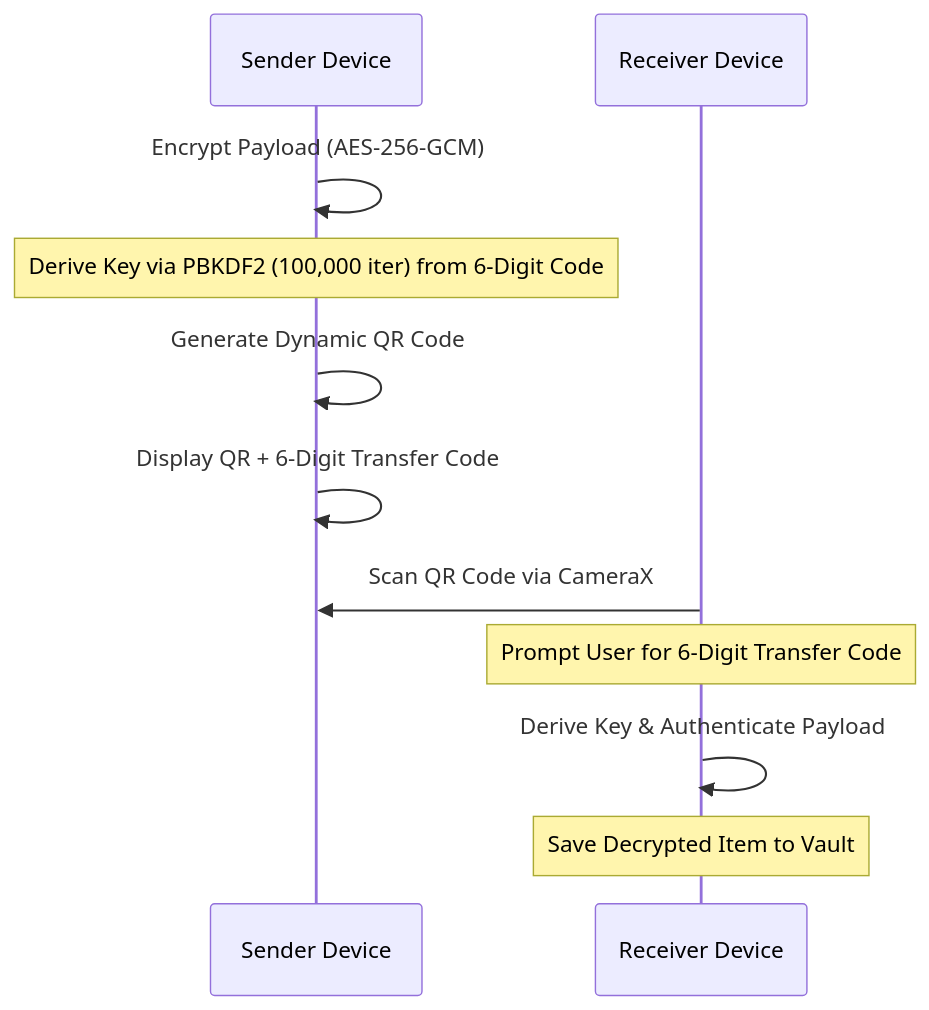
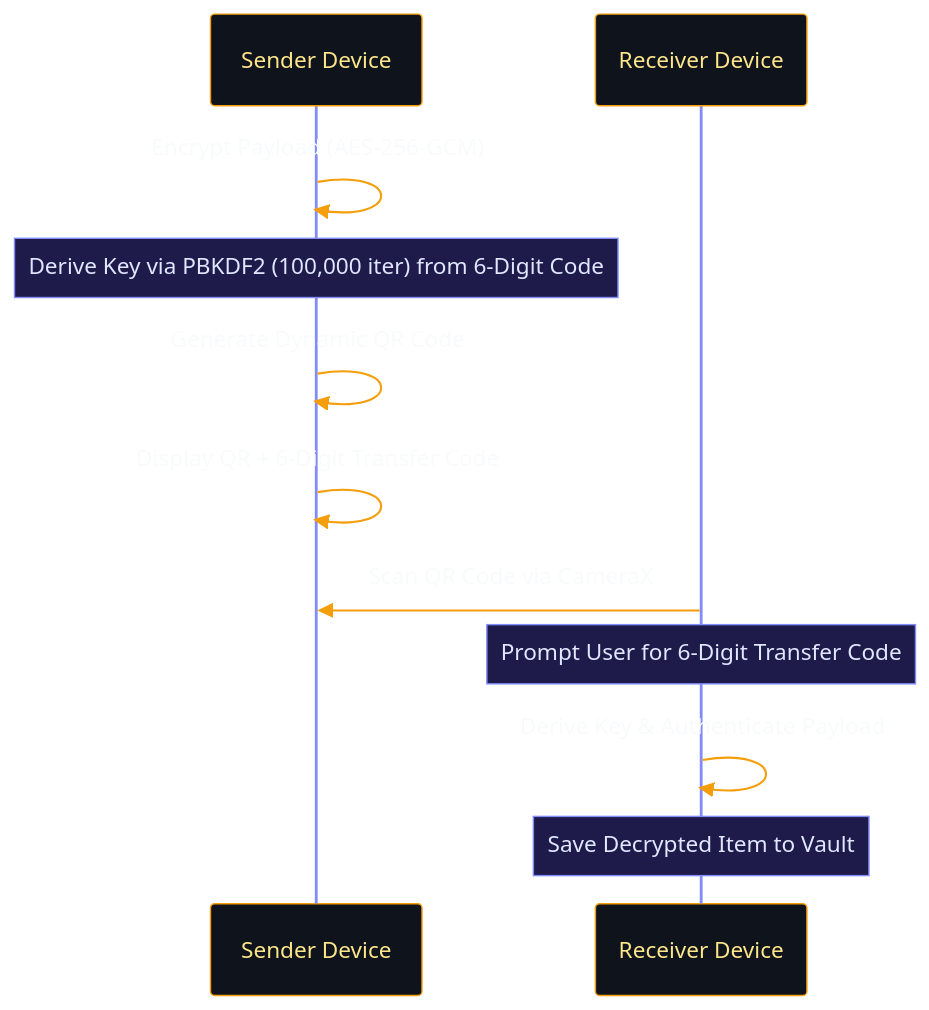
One commit to dwinsi/kunjika changed the first of 2 diagrams in docs/features.md. Above: the diagram before and after it, drawn with Mermaid. The commit also changed other lines of this file and 13 other files, not shown here.

Commit message:
docs: add status badges and custom Mermaid themes to project documentation

````diff
--- a/docs/features.md
+++ b/docs/features.md
@@ -41,13 +46,36 @@
 ```mermaid
+%%{init: {
+  'theme': 'base',
+  'themeVariables': {
+    'darkMode': true,
+    'background': '#07090E',
+    'actorBkg': '#0F141C',
+    'actorBorder': '#F59E0B',
+    'actorTextColor': '#FDE68A',
+    'actorLineColor': '#818CF8',
+    'signalColor': '#F59E0B',
+    'signalTextColor': '#F8FAFC',
+    'labelBoxBkgColor': '#0F141C',
+    'labelBoxBorderColor': '#818CF8',
+    'labelTextColor': '#F8FAFC',
+    'loopTextColor': '#FDE68A',
+    'noteBkgColor': '#1E1B4B',
+    'noteBorderColor': '#818CF8',
+    'noteTextColor': '#E0E7FF',
+    'activationBorderColor': '#F59E0B',
+    'activationBkgColor': '#131A26',
+    'sequenceNumberColor': '#07090E'
+  }
+}}%%
 sequenceDiagram
     participant S as Sender Device
     participant R as Receiver Device
     S->>S: Encrypt Payload (AES-256-GCM)
     Note over S: Derive Key via PBKDF2 (100,000 iter) from 6-Digit Code
     S->>S: Generate Dynamic QR Code
     S->>S: Display QR + 6-Digit Transfer Code
     R->>S: Scan QR Code via CameraX
     Note over R: Prompt User for 6-Digit Transfer Code
     R->>R: Derive Key & Authenticate Payload
     Note over R: Save Decrypted Item to Vault
 ```
````
